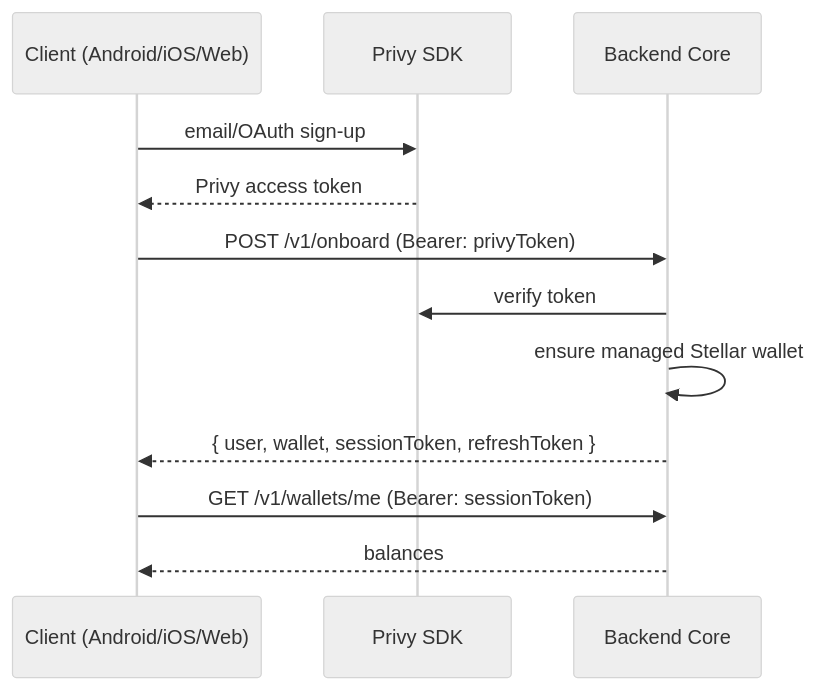
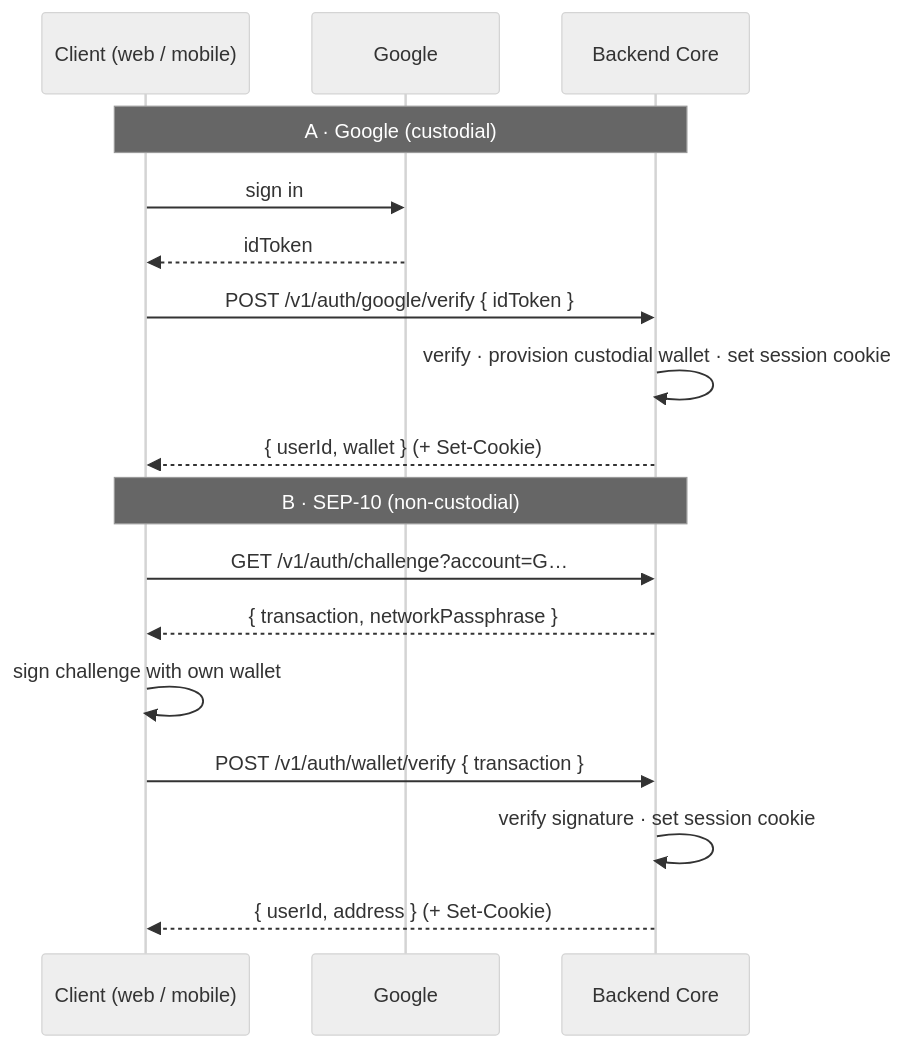
One commit to pathpulse9-ui/path-pulse changed the first of 2 diagrams in docs/API_ARCHITECTURE.md. Above: the diagram before and after it, drawn with Mermaid (neutral theme). The commit also changed other lines of this file and 2 other files, not shown here.

First line of the commit message:
docs: update API architecture for cookie sessions + Google/SEP-10 auth

````diff
--- a/docs/API_ARCHITECTURE.md
+++ b/docs/API_ARCHITECTURE.md
@@ -75,14 +93,19 @@
 ```mermaid
 sequenceDiagram
-  participant App as Client (Android/iOS/Web)
-  participant Privy as Privy SDK
+  participant App as Client (web / mobile)
+  participant G as Google
   participant API as Backend Core
-  App->>Privy: email/OAuth sign-up
-  Privy-->>App: Privy access token
-  App->>API: POST /v1/onboard  (Bearer: privyToken)
-  API->>Privy: verify token
-  API->>API: ensure managed Stellar wallet
-  API-->>App: { user, wallet, sessionToken, refreshToken }
-  App->>API: GET /v1/wallets/me  (Bearer: sessionToken)
-  API-->>App: balances
+  Note over App,API: A · Google (custodial)
+  App->>G: sign in
+  G-->>App: idToken
+  App->>API: POST /v1/auth/google/verify { idToken }
+  API->>API: verify · provision custodial wallet · set session cookie
+  API-->>App: { userId, wallet }  (+ Set-Cookie)
+  Note over App,API: B · SEP-10 (non-custodial)
+  App->>API: GET /v1/auth/challenge?account=G…
+  API-->>App: { transaction, networkPassphrase }
+  App->>App: sign challenge with own wallet
+  App->>API: POST /v1/auth/wallet/verify { transaction }
+  API->>API: verify signature · set session cookie
+  API-->>App: { userId, address }  (+ Set-Cookie)
 ```
````
